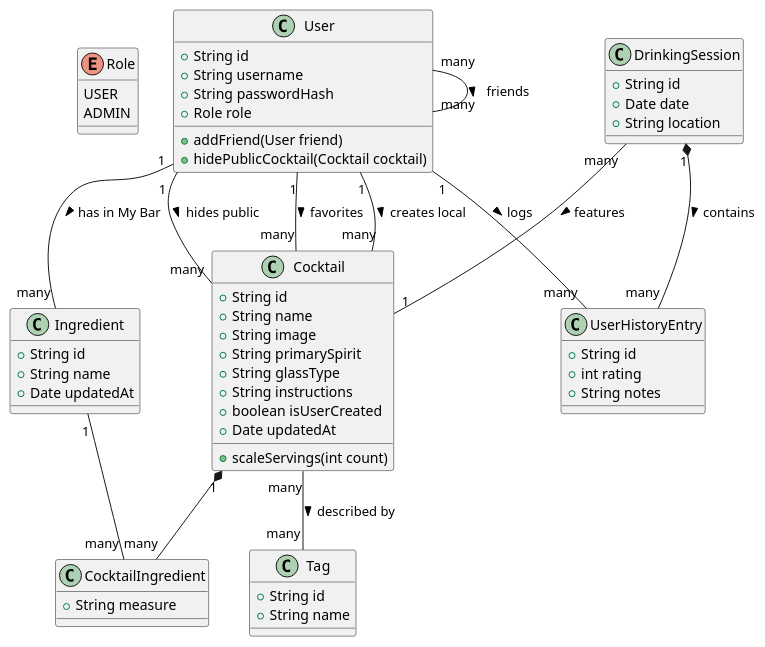
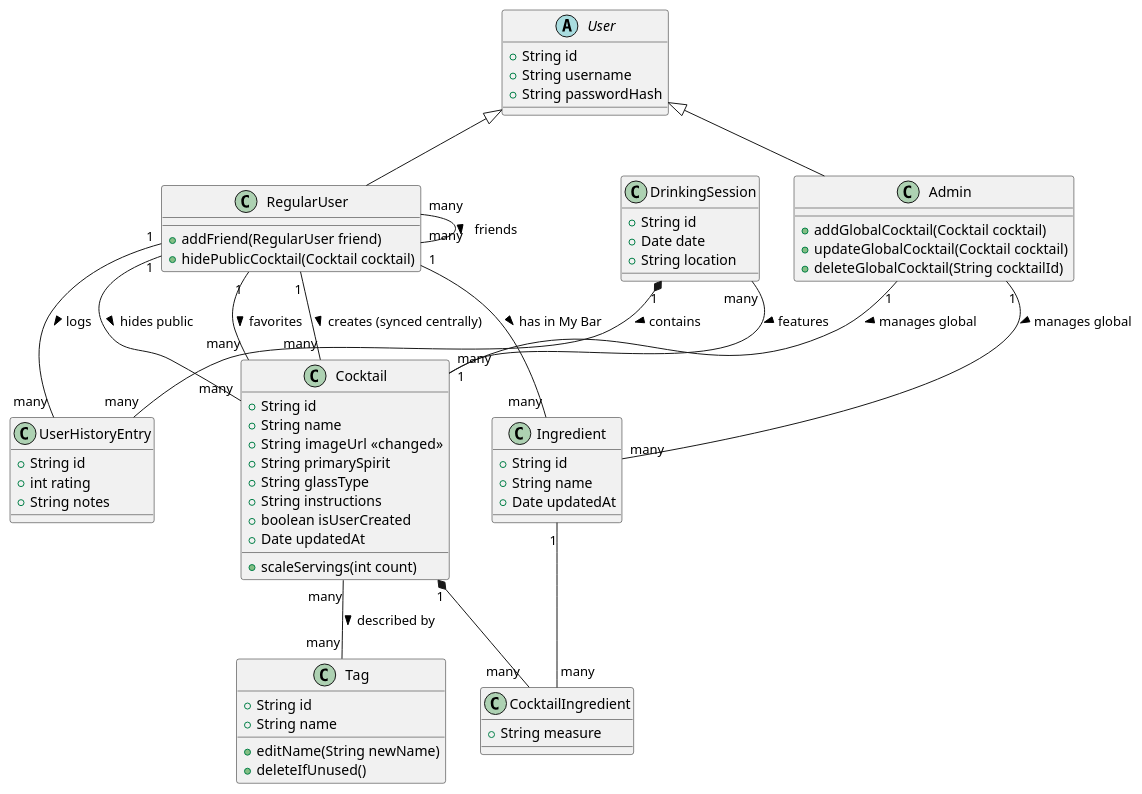
Before and after one commit to micapl/CocktailApplication: the diagram in docs/diagrams/Class.puml, drawn with PlantUML. The commit also changed 5 other files, not shown here.

```diff
--- a/docs/diagrams/Class.puml
+++ b/docs/diagrams/Class.puml
@@ -1,68 +1,79 @@
-@startuml Class
-enum Role {
-  USER
-  ADMIN
-}
-
-class User {
+@startuml
+abstract class User {
   + String id
   + String username
   + String passwordHash
-  + Role role
-  + addFriend(User friend)
+}
+
+class RegularUser {
+  + addFriend(RegularUser friend)
   + hidePublicCocktail(Cocktail cocktail)
 }
+
+class Admin {
+  + addGlobalCocktail(Cocktail cocktail)
+  + updateGlobalCocktail(Cocktail cocktail)
+  + deleteGlobalCocktail(String cocktailId)
+}
+
+User <|-- RegularUser
+User <|-- Admin
 
 class Cocktail {
   + String id
   + String name
-  + String image
+  + String imageUrl  <<changed>>
   + String primarySpirit
   + String glassType
   + String instructions
   + boolean isUserCreated
   + Date updatedAt
   + scaleServings(int count)
 }
 
 class Ingredient {
   + String id
   + String name
   + Date updatedAt
 }
 
 class CocktailIngredient {
   + String measure
 }
 
 class Tag {
   + String id
   + String name
+  + editName(String newName)
+  + deleteIfUnused()
 }
 
 class DrinkingSession {
   + String id
   + Date date
   + String location
 }
 
 class UserHistoryEntry {
   + String id
   + int rating
   + String notes
 }
 
-User "1" -- "many" Cocktail : creates local >
-User "1" -- "many" Cocktail : hides public >
-User "many" -- "many" User : friends >
-User "1" -- "many" Ingredient : has in My Bar >
-User "1" -- "many" Cocktail : favorites >
+RegularUser "1" -- "many" Cocktail : creates (synced centrally) >
+RegularUser "1" -- "many" Cocktail : hides public >
+RegularUser "many" -- "many" RegularUser : friends >
+RegularUser "1" -- "many" Ingredient : has in My Bar >
+RegularUser "1" -- "many" Cocktail : favorites >
 
 Cocktail "1" *-- "many" CocktailIngredient
 Ingredient "1" -- "many" CocktailIngredient
 Cocktail "many" -- "many" Tag : described by >
 
 DrinkingSession "1" *-- "many" UserHistoryEntry : contains >
-User "1" -- "many" UserHistoryEntry : logs >
+RegularUser "1" -- "many" UserHistoryEntry : logs >
 DrinkingSession "many" -- "1" Cocktail : features >
+
+Admin "1" -- "many" Cocktail : manages global >
+Admin "1" -- "many" Ingredient : manages global >
 @enduml
```
